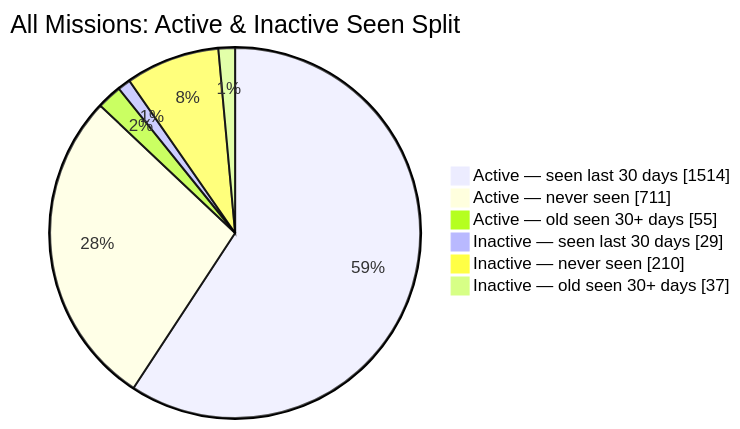
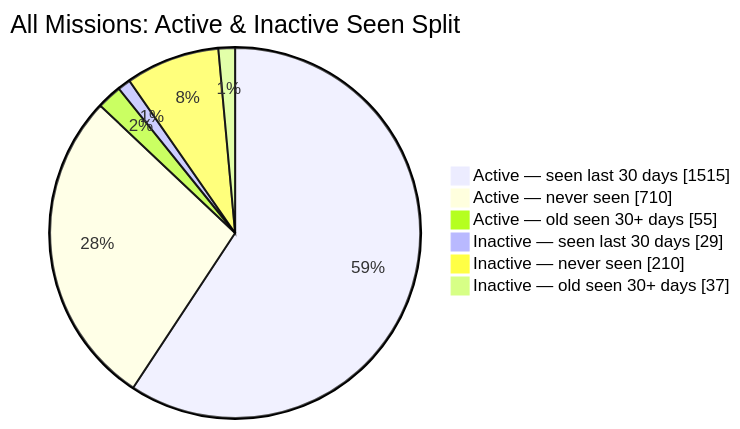
Before and after one commit to MeldkamerspelGameTeam/active-missions: the second of 2 diagrams in README.md, drawn with Mermaid. The commit also changed other lines of this file and 2 other files, not shown here.

````diff
--- a/README.md
+++ b/README.md
@@ -44,10 +44,10 @@
 ```mermaid
 pie showData
     title All Missions: Active & Inactive Seen Split
-    "Active — seen last 30 days" : 1514
-    "Active — never seen" : 711
+    "Active — seen last 30 days" : 1515
+    "Active — never seen" : 710
     "Active — old seen 30+ days" : 55
     "Inactive — seen last 30 days" : 29
     "Inactive — never seen" : 210
     "Inactive — old seen 30+ days" : 37
 ```
````
